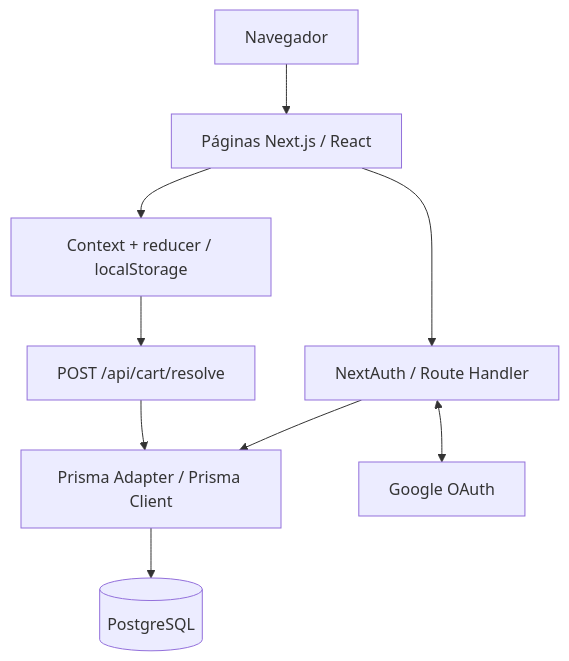
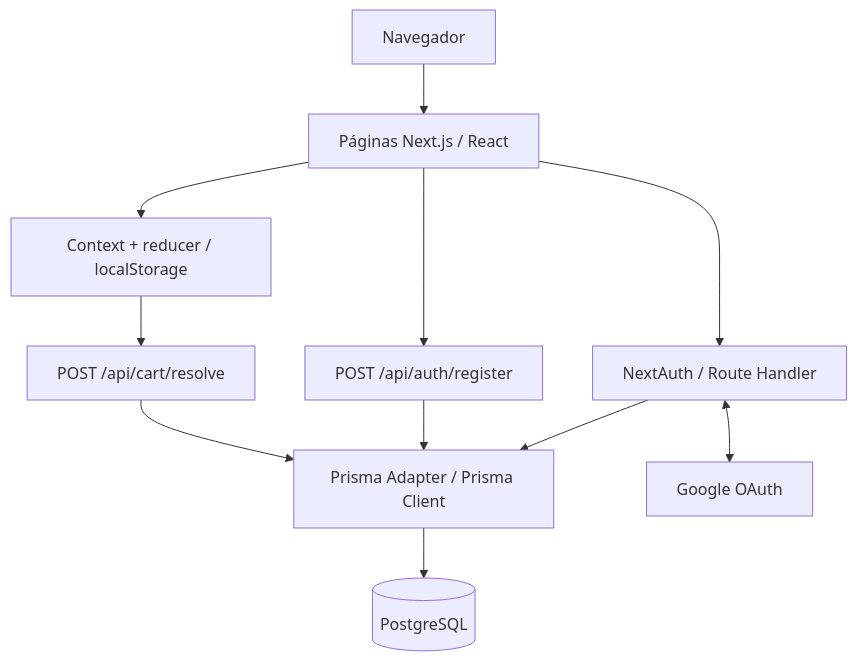
The diagram in README.md (juniormps/sobe-o-som), drawn with Mermaid before and after one commit. The commit also changed other lines of this file and 25 other files, not shown here.

````diff
--- a/README.md
+++ b/README.md
@@ -223,11 +225,13 @@
 ```mermaid
 flowchart TD
 Browser["Navegador"] --> Pages["Páginas Next.js / React"]
     Pages --> Cart["Context + reducer / localStorage"]
     Cart --> CartResolve["POST /api/cart/resolve"]
     CartResolve --> Prisma
     Pages --> Auth["NextAuth / Route Handler"]
+    Pages --> Register["POST /api/auth/register"]
     Auth <--> Google["Google OAuth"]
+    Register --> Prisma
     Auth --> Prisma["Prisma Adapter / Prisma Client"]
     Prisma --> Database[(PostgreSQL)]
 ```
````
